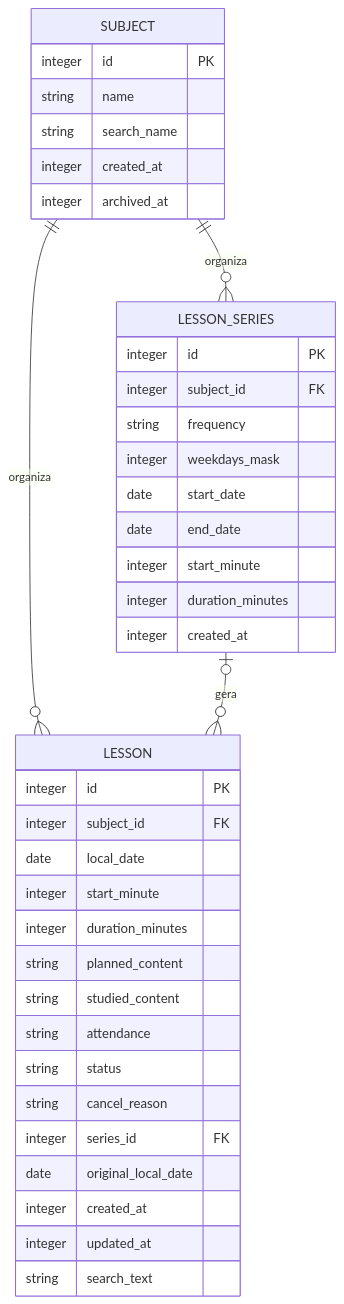
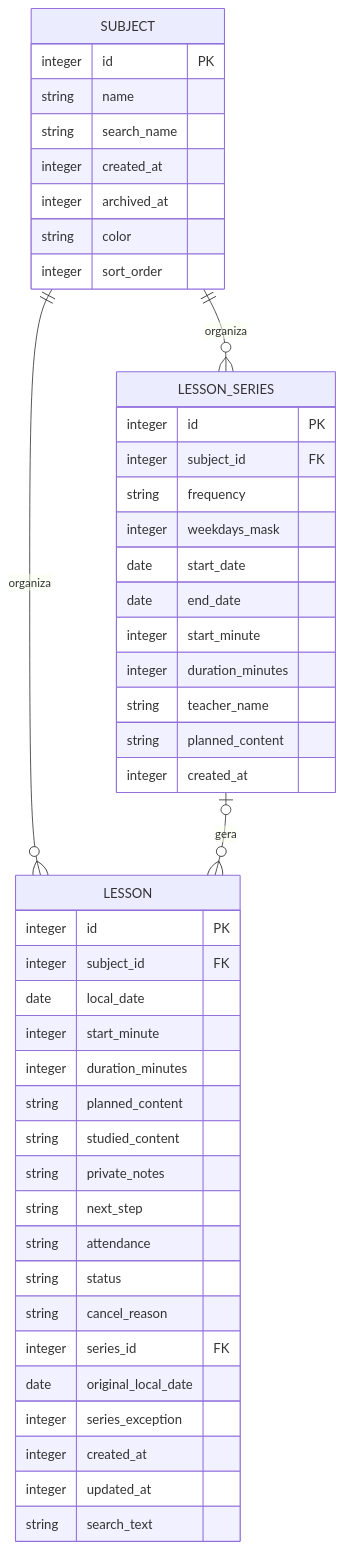
The diagram in docs/offline-first.md (MateusKraiewski/controle-aluno-app), drawn with Mermaid before and after one commit. The commit also changed other lines of this file and 4 other files, not shown here.

First line of the commit message:
docs: record Phase 1 completion in code, schema v4 and verification

````diff
--- a/docs/offline-first.md
+++ b/docs/offline-first.md
@@ -18,9 +18,9 @@
 ```mermaid
 erDiagram
   SUBJECT ||--o{ LESSON : organiza
   SUBJECT ||--o{ LESSON_SERIES : organiza
   LESSON_SERIES |o--o{ LESSON : gera
-  SUBJECT { integer id PK string name string search_name integer created_at integer archived_at }
-  LESSON_SERIES { integer id PK integer subject_id FK string frequency integer weekdays_mask date start_date date end_date integer start_minute integer duration_minutes integer created_at }
-  LESSON { integer id PK integer subject_id FK date local_date integer start_minute integer duration_minutes string planned_content string studied_content string attendance string status string cancel_reason integer series_id FK date original_local_date integer created_at integer updated_at string search_text }
+  SUBJECT { integer id PK string name string search_name integer created_at integer archived_at string color integer sort_order }
+  LESSON_SERIES { integer id PK integer subject_id FK string frequency integer weekdays_mask date start_date date end_date integer start_minute integer duration_minutes string teacher_name string planned_content integer created_at }
+  LESSON { integer id PK integer subject_id FK date local_date integer start_minute integer duration_minutes string planned_content string studied_content string private_notes string next_step string attendance string status string cancel_reason integer series_id FK date original_local_date integer series_exception integer created_at integer updated_at string search_text }
 ```
````
